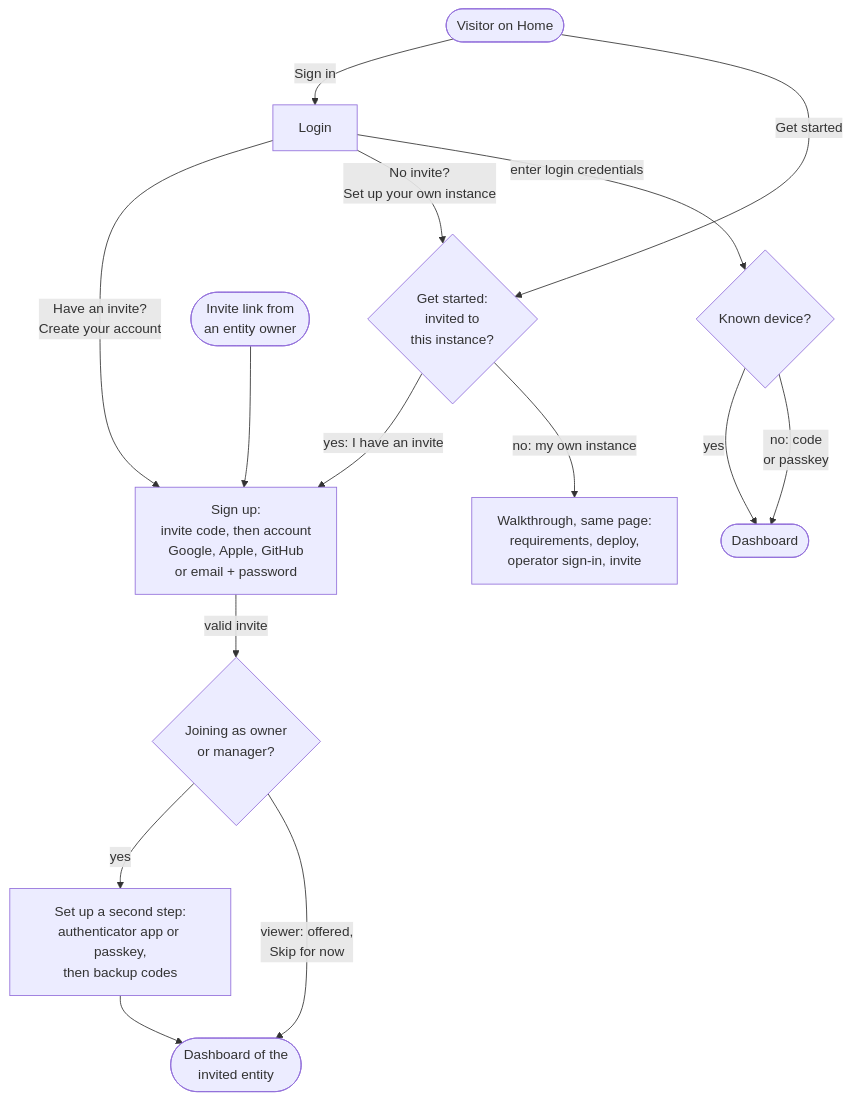
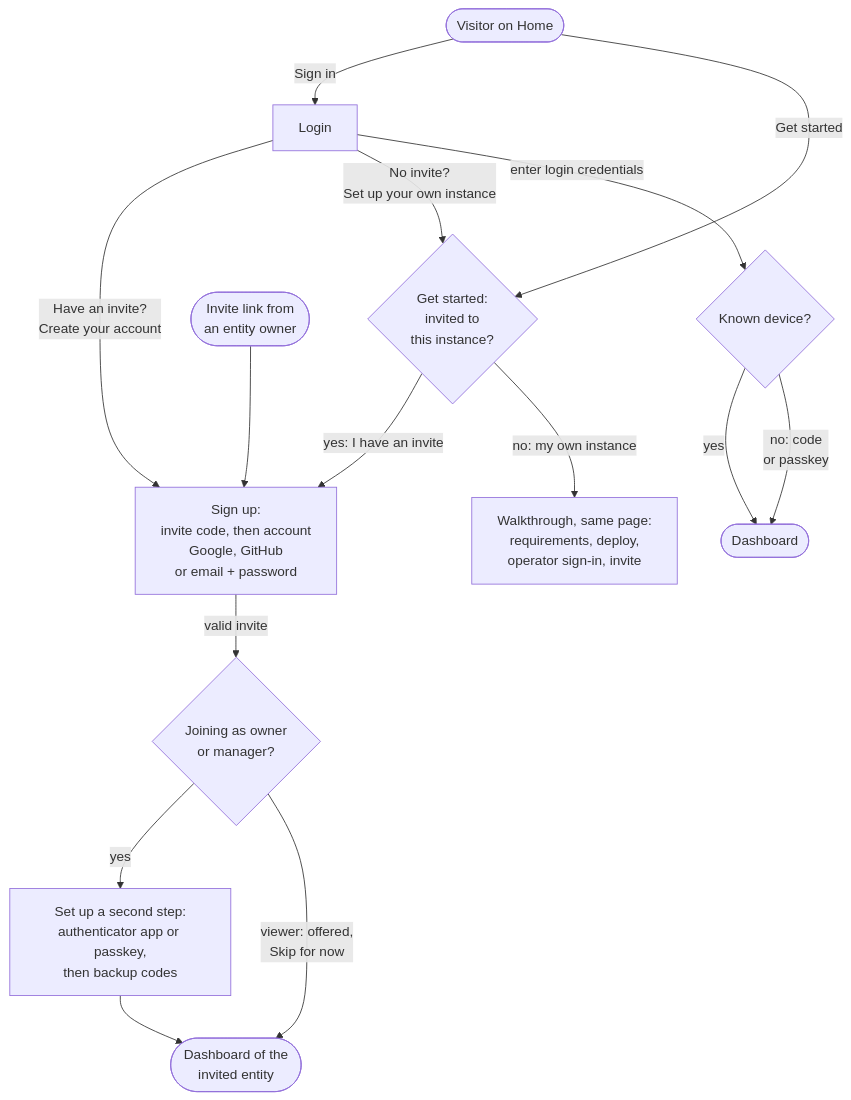
One commit to richmosko/polycarpic changed the diagram in docs/DESIGN/flows/home-entry-flow.md. Above: the diagram before and after it, drawn with Mermaid. The commit also changed other lines of this file and 10 other files, not shown here.

First line of the commit message:
docs(design): web v1 sign-in offers Google and GitHub; Apple waits for native iOS

````diff
--- a/docs/DESIGN/flows/home-entry-flow.md
+++ b/docs/DESIGN/flows/home-entry-flow.md
@@ -5,17 +5,17 @@
 ```mermaid
 flowchart TD
   home([Visitor on Home]) -- Sign in --> login[Login]
   home -- Get started --> gs{Get started:\ninvited to\nthis instance?}
   invite([Invite link from\nan entity owner]) --> signup
-  login -- "Have an invite?\nCreate your account" --> signup[Sign up:\ninvite code, then account\nGoogle, Apple, GitHub\nor email + password]
+  login -- "Have an invite?\nCreate your account" --> signup[Sign up:\ninvite code, then account\nGoogle, GitHub\nor email + password]
   login -- "No invite?\nSet up your own instance" --> gs
   login -- enter login credentials --> known{Known device?}
   known -- yes --> landed([Dashboard])
   known -- "no: code\nor passkey" --> landed
   gs -- "yes: I have an invite" --> signup
   gs -- "no: my own instance" --> walk[Walkthrough, same page:\nrequirements, deploy,\noperator sign-in, invite]
   signup -- valid invite --> role{Joining as owner\nor manager?}
   role -- yes --> enrol[Set up a second step:\nauthenticator app or passkey,\nthen backup codes]
   role -- "viewer: offered,\nSkip for now" --> invited
   enrol --> invited([Dashboard of the\ninvited entity])
 ```
````
